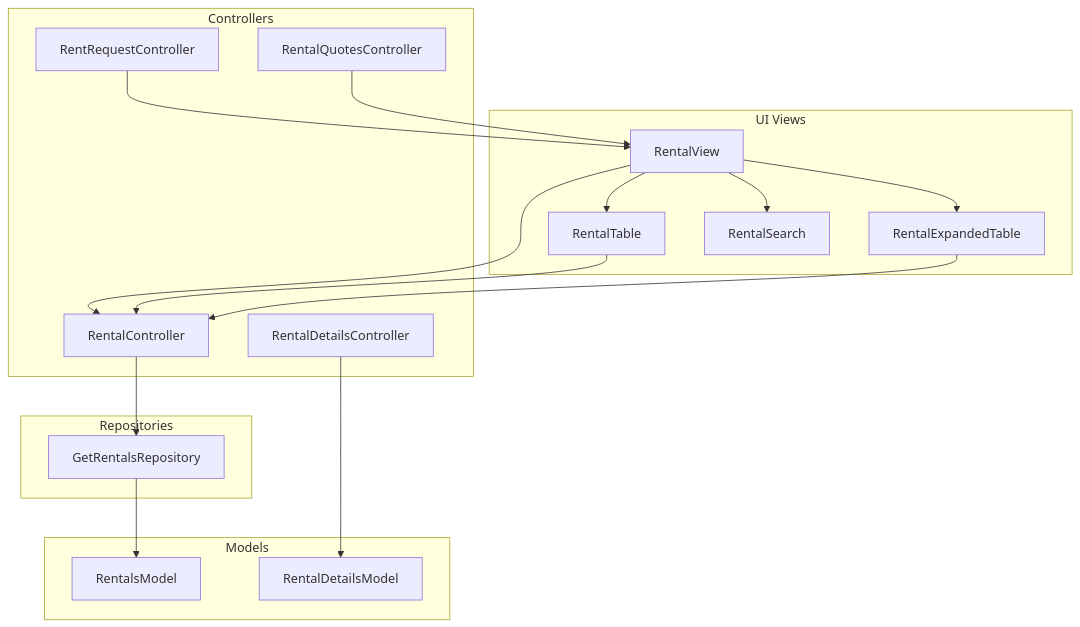
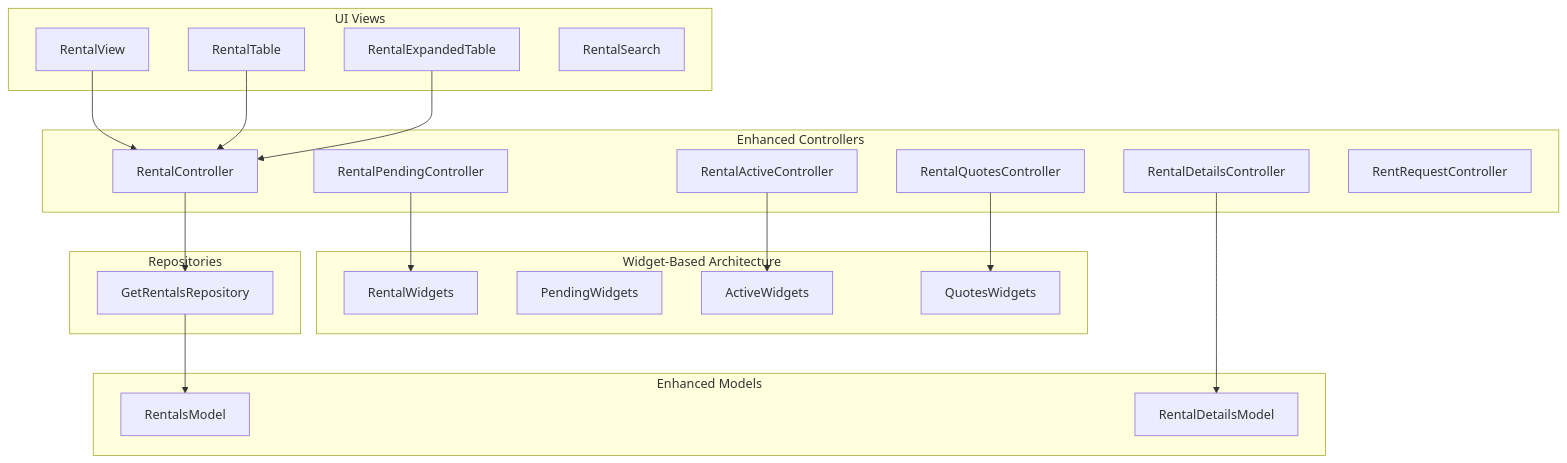
One commit to Ariful3111/FurniGo changed the first of 8 diagrams in .qoder/repowiki/en/content/Business Operations/Rental System.md. Above: the diagram before and after it, drawn with Mermaid. The commit also changed other lines of this file and 9 other files, not shown here.

````diff
--- a/.qoder/repowiki/en/content/Business Operations/Rental System.md
+++ b/.qoder/repowiki/en/content/Business Operations/Rental System.md
@@ -38,33 +68,39 @@
 ```mermaid
 graph TB
 subgraph "UI Views"
 RV["RentalView"]
 RT["RentalTable"]
 RET["RentalExpandedTable"]
 RS["RentalSearch"]
 end
-subgraph "Controllers"
+subgraph "Enhanced Controllers"
 RC["RentalController"]
 RDC["RentalDetailsController"]
+RPC["RentalPendingController"]
+RAC["RentalActiveController"]
 RQC["RentalQuotesController"]
 RRC["RentRequestController"]
 end
-subgraph "Models"
+subgraph "Enhanced Models"
 RM["RentalsModel"]
 RDM["RentalDetailsModel"]
+end
+subgraph "Widget-Based Architecture"
+RW["RentalWidgets"]
+RPW["PendingWidgets"]
+RAW["ActiveWidgets"]
+RQW["QuotesWidgets"]
 end
 subgraph "Repositories"
 GRR["GetRentalsRepository"]
 end
 RV --> RC
-RV --> RT
-RV --> RET
-RV --> RS
 RC --> GRR
 GRR --> RM
 RT --> RC
 RET --> RC
 RDC --> RDM
-RRC --> RV
-RQC --> RV
+RPC --> RW
+RQC --> RQW
+RAC --> RAW
 ```
````
